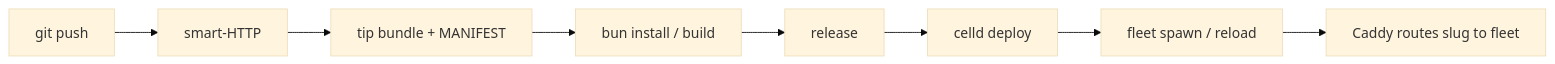
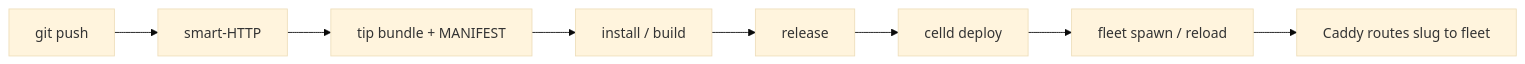
One commit to ryuzcorp/noite changed the diagram in apps/website/docs/02-how-it-works.mdx. Above: the diagram before and after it, drawn with Mermaid (base theme). The commit also changed other lines of this file and 35 other files, not shown here.

````diff
--- a/apps/website/docs/02-how-it-works.mdx
+++ b/apps/website/docs/02-how-it-works.mdx
@@ -49,10 +49,10 @@
 ```mermaid
 flowchart LR
   dev[git push] --> git[smart-HTTP]
   git --> bundle[tip bundle + MANIFEST]
-  bundle --> build[bun install / build]
+  bundle --> build[install / build]
   build --> releaseCmd[release]
   releaseCmd --> deploy[celld deploy]
   deploy --> reload[fleet spawn / reload]
   reload --> edge[Caddy routes slug to fleet]
 ```
````
